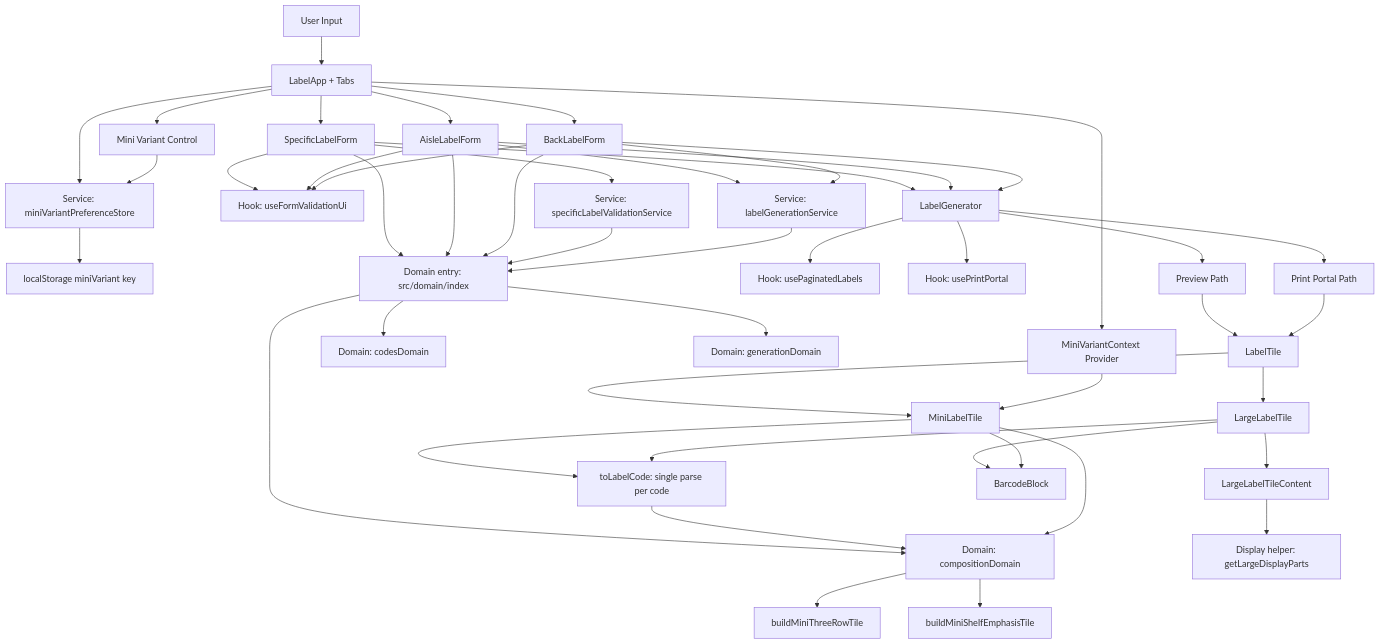
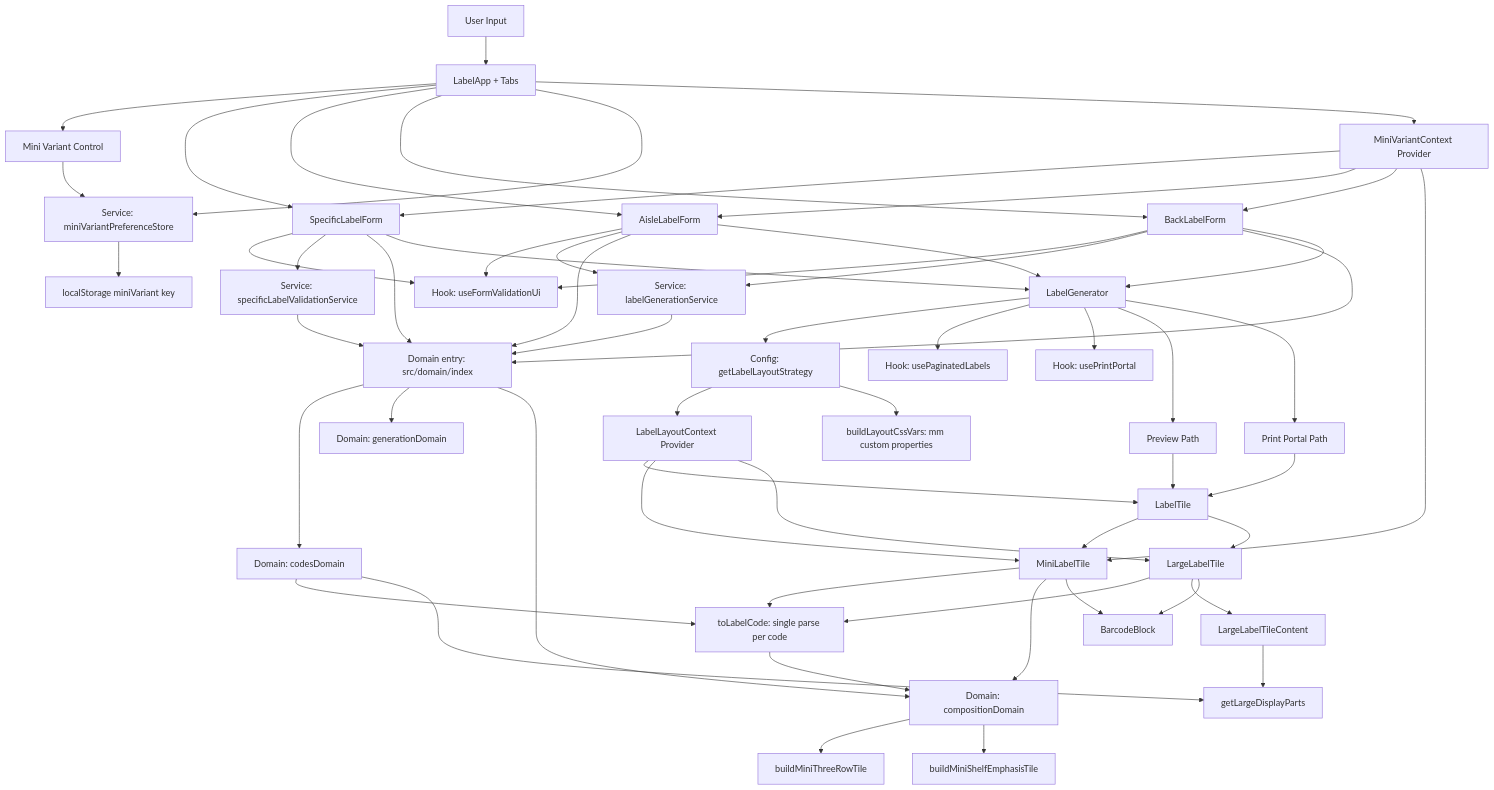
One commit to TonyGorman/barcode-generator changed the diagram in README.md. Above: the diagram before and after it, drawn with Mermaid. The commit also changed other lines of this file and 2 other files, not shown here.

Commit message:
.md tweaks

````diff
--- a/README.md
+++ b/README.md
@@ -165,59 +165,71 @@
 ```mermaid
 flowchart TD
   U[User Input] --> A[LabelApp + Tabs]
   A --> MVU[Mini Variant Control]
   A --> SF[SpecificLabelForm]
   A --> AF[AisleLabelForm]
   A --> BF[BackLabelForm]
 
   A --> MPS[Service: miniVariantPreferenceStore]
   MPS --> ST[localStorage miniVariant key]
   A --> MVC[MiniVariantContext Provider]
   MVU --> MPS
 
   SF --> HUI[Hook: useFormValidationUi]
   AF --> HUI
   BF --> HUI
 
   SF --> SVS[Service: specificLabelValidationService]
   AF --> LGS[Service: labelGenerationService]
   BF --> LGS
 
   SF --> DI[Domain entry: src/domain/index]
   AF --> DI
   BF --> DI
   SVS --> DI
   LGS --> DI
 
   DI --> CD[Domain: codesDomain]
   DI --> GD[Domain: generationDomain]
   DI --> CMP[Domain: compositionDomain]
 
+  MVC --> SF
+  MVC --> AF
+  MVC --> BF
+
   SF --> LG[LabelGenerator]
   AF --> LG
   BF --> LG
 
+  LG --> LS[Config: getLabelLayoutStrategy]
+  LS --> LLX[LabelLayoutContext Provider]
+  LS --> CSSV[buildLayoutCssVars: mm custom properties]
   LG --> UP[Hook: usePaginatedLabels]
   LG --> UPP[Hook: usePrintPortal]
   LG --> PL[Preview Path]
   LG --> PR[Print Portal Path]
 
   PL --> LT[LabelTile]
   PR --> LT
+  LLX --> LT
 
   LT --> MLT[MiniLabelTile]
   LT --> LLT[LargeLabelTile]
+  LLX --> MLT
+  LLX --> LLT
 
   MVC --> MLT
-  MLT --> TLC[toLabelCode: single parse per code]
+  CD --> TLC[toLabelCode: single parse per code]
+  MLT --> TLC
+  LLT --> TLC
   TLC --> CMP
   MLT --> CMP
   CMP --> M3[buildMiniThreeRowTile]
   CMP --> MS[buildMiniShelfEmphasisTile]
 
-  LLT --> TLC
   LLT --> LLC[LargeLabelTileContent]
   LLT --> BBC[BarcodeBlock]
-  LLC --> DH[Display helper: getLargeDisplayParts]
+  CD --> DH[getLargeDisplayParts]
+  LLC --> DH
   MLT --> BBC
 ```
````
